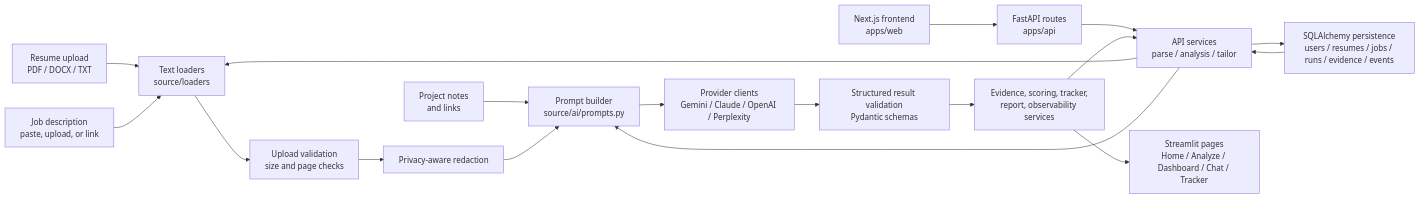
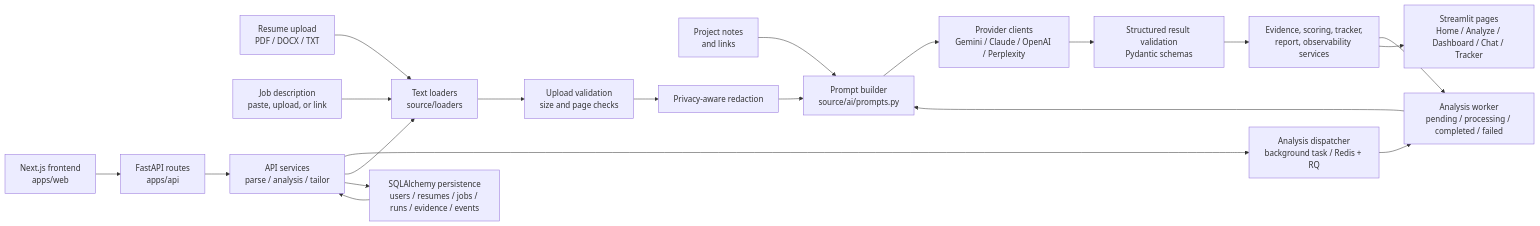
The first of 2 diagrams in docs/architecture.md (Sarthak2661/Truthfit-Resume-AI), drawn with Mermaid before and after one commit. The commit also changed other lines of this file and 24 other files, not shown here.

````diff
--- a/docs/architecture.md
+++ b/docs/architecture.md
@@ -7,20 +7,22 @@
 ```mermaid
 flowchart LR
     resume["Resume upload<br>PDF / DOCX / TXT"] --> loaders["Text loaders<br>source/loaders"]
     jd["Job description<br>paste, upload, or link"] --> loaders
     links["Project notes<br>and links"] --> prompt["Prompt builder<br>source/ai/prompts.py"]
     web["Next.js frontend<br>apps/web"] --> api
     api["FastAPI routes<br>apps/api"] --> api_services["API services<br>parse / analysis / tailor"]
+    api_services --> queue["Analysis dispatcher<br>background task / Redis + RQ"]
+    queue --> worker["Analysis worker<br>pending / processing / completed / failed"]
     api_services --> loaders
-    api_services --> prompt
+    worker --> prompt
     loaders --> validation["Upload validation<br>size and page checks"]
     validation --> redaction["Privacy-aware redaction"]
     redaction --> prompt
     prompt --> providers["Provider clients<br>Gemini / Claude / OpenAI / Perplexity"]
     providers --> schema["Structured result validation<br>Pydantic schemas"]
     schema --> services["Evidence, scoring, tracker,<br>report, observability services"]
     api_services --> db["SQLAlchemy persistence<br>users / resumes / jobs / runs / evidence / events"]
     db --> api_services
-    services --> api_services
+    services --> worker
     services --> pages["Streamlit pages<br>Home / Analyze / Dashboard / Chat / Tracker"]
 ```
````
